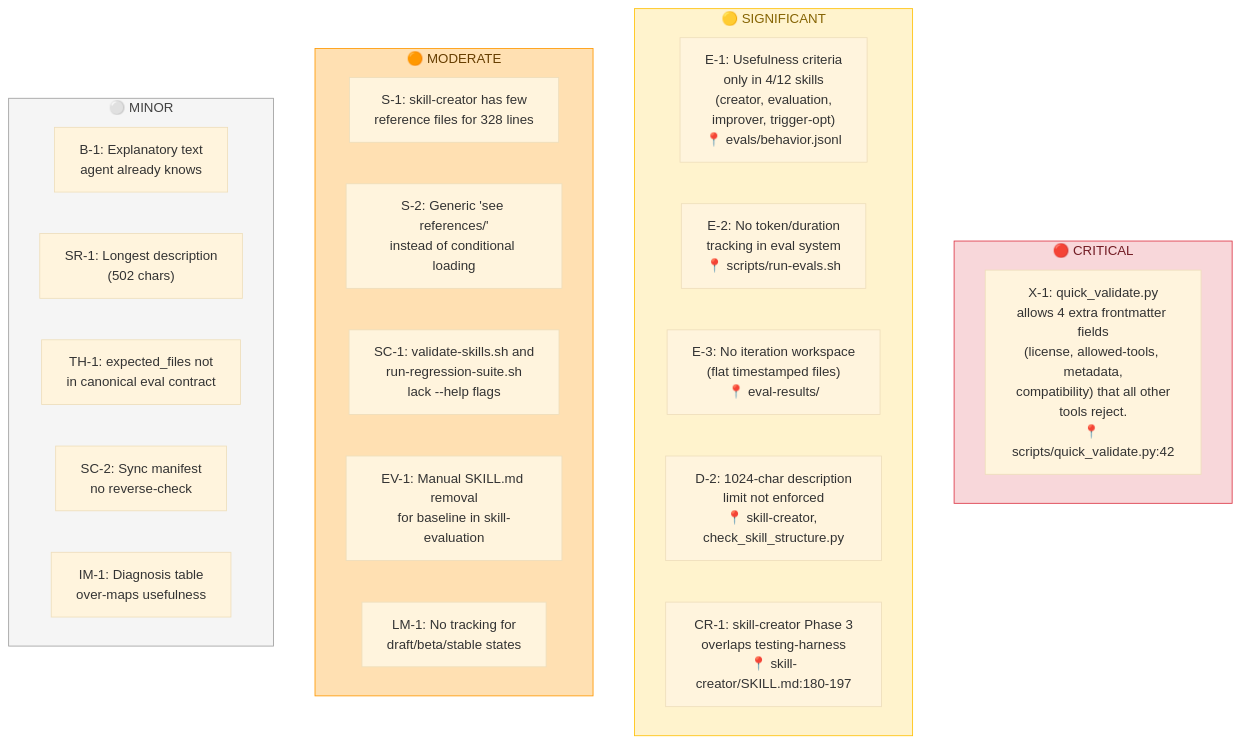
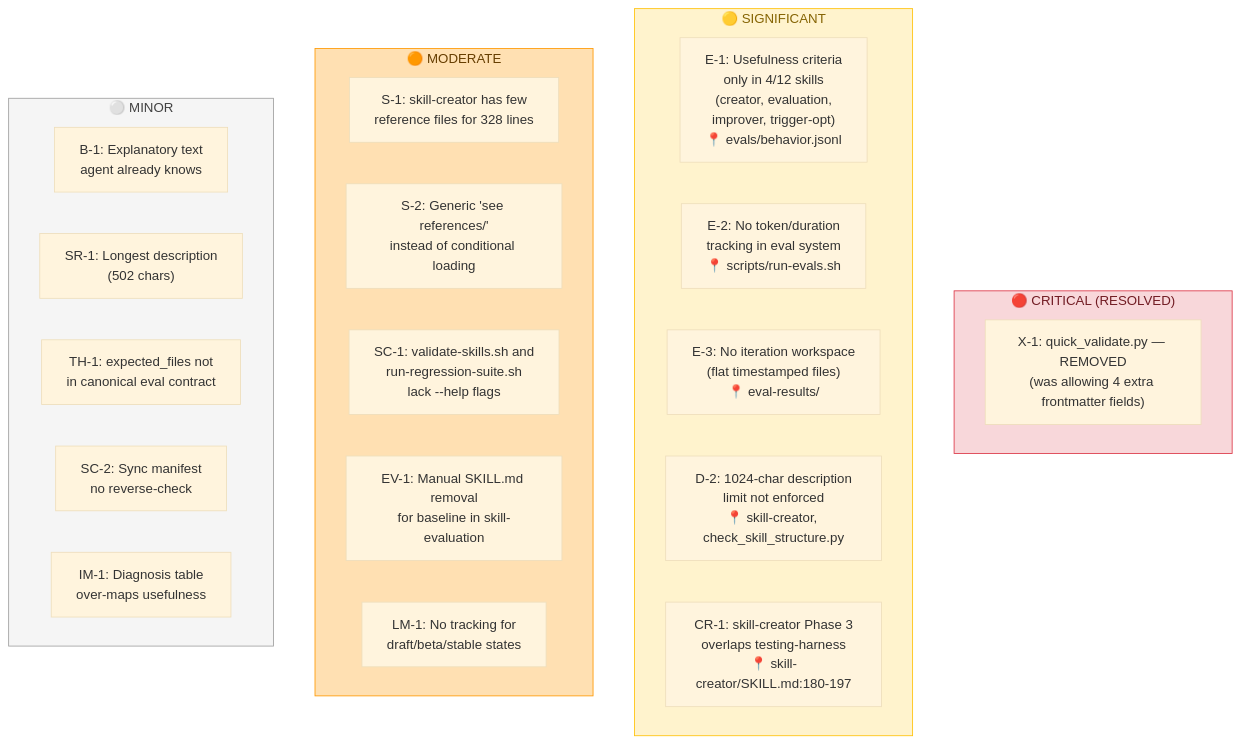
Diagram 11 of 12 in docs/architecture-diagrams.md (chelch5/Meta-Skill-Engineering), drawn with Mermaid (base theme) before and after one commit. The commit also changed other lines of this file and 4 other files, not shown here.

First line of the commit message:
Wave 1: Fix all 4 critical findings (F-011, F-019, F-027, F-031)

````diff
--- a/docs/architecture-diagrams.md
+++ b/docs/architecture-diagrams.md
@@ -635,35 +633,35 @@
 ```mermaid
 graph TB
-    subgraph critical["🔴 CRITICAL"]
-        X1["X-1: quick_validate.py<br/>allows 4 extra frontmatter fields<br/>(license, allowed-tools, metadata,<br/>compatibility) that all other<br/>tools reject.<br/>📍 scripts/quick_validate.py:42"]
+    subgraph critical["🔴 CRITICAL (RESOLVED)"]
+        X1["X-1: quick_validate.py — REMOVED<br/>(was allowing 4 extra frontmatter fields)"]
     end
 
     subgraph significant["🟡 SIGNIFICANT"]
         E1["E-1: Usefulness criteria<br/>only in 4/12 skills<br/>(creator, evaluation,<br/>improver, trigger-opt)<br/>📍 evals/behavior.jsonl"]
         E2["E-2: No token/duration<br/>tracking in eval system<br/>📍 scripts/run-evals.sh"]
         E3["E-3: No iteration workspace<br/>(flat timestamped files)<br/>📍 eval-results/"]
         D2["D-2: 1024-char description<br/>limit not enforced<br/>📍 skill-creator, check_skill_structure.py"]
         CR1["CR-1: skill-creator Phase 3<br/>overlaps testing-harness<br/>📍 skill-creator/SKILL.md:180-197"]
     end
 
     subgraph moderate["🟠 MODERATE"]
         S1["S-1: skill-creator has few<br/>reference files for 328 lines"]
         S2["S-2: Generic 'see references/'<br/>instead of conditional loading"]
         SC1["SC-1: validate-skills.sh and<br/>run-regression-suite.sh<br/>lack --help flags"]
         EV1["EV-1: Manual SKILL.md removal<br/>for baseline in skill-evaluation"]
         LM1["LM-1: No tracking for<br/>draft/beta/stable states"]
     end
 
     subgraph minor["⚪ MINOR"]
         B1["B-1: Explanatory text<br/>agent already knows"]
         SR1["SR-1: Longest description<br/>(502 chars)"]
         TH1["TH-1: expected_files not<br/>in canonical eval contract"]
         SC2["SC-2: Sync manifest<br/>no reverse-check"]
         IM1["IM-1: Diagnosis table<br/>over-maps usefulness"]
     end
 
     style critical fill:#f8d7da,stroke:#dc3545,color:#721c24
     style significant fill:#fff3cd,stroke:#ffc107,color:#856404
     style moderate fill:#ffe0b2,stroke:#ff9800,color:#663d00
     style minor fill:#f5f5f5,stroke:#9e9e9e,color:#424242
 ```
````
